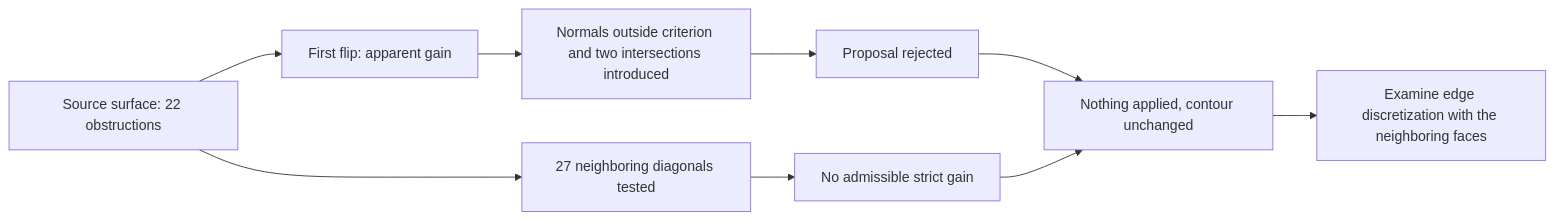
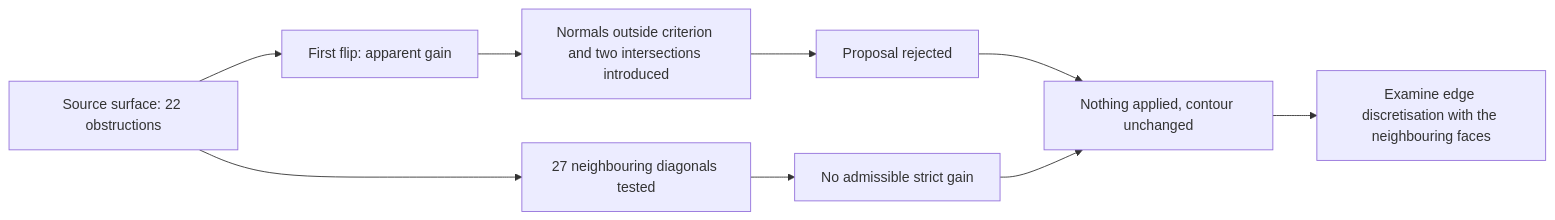
Before and after one commit to cluster2600/porscheparts: the diagram in docs/reports/M64_SURFACE_DIAGONAL_AUDIT_20260909.md, drawn with Mermaid. The commit also changed other lines of this file and 480 other files, not shown here.

````diff
--- a/docs/reports/M64_SURFACE_DIAGONAL_AUDIT_20260909.md
+++ b/docs/reports/M64_SURFACE_DIAGONAL_AUDIT_20260909.md
@@ -74,11 +74,11 @@
 ```mermaid
 flowchart LR
     A["Source surface: 22 obstructions"] --> B["First flip: apparent gain"]
     B --> C["Normals outside criterion and two intersections introduced"]
     C --> D["Proposal rejected"]
-    A --> E["27 neighboring diagonals tested"]
+    A --> E["27 neighbouring diagonals tested"]
     E --> F["No admissible strict gain"]
     D --> G["Nothing applied, contour unchanged"]
     F --> G
-    G --> H["Examine edge discretization with the neighboring faces"]
+    G --> H["Examine edge discretisation with the neighbouring faces"]
 ```
````
